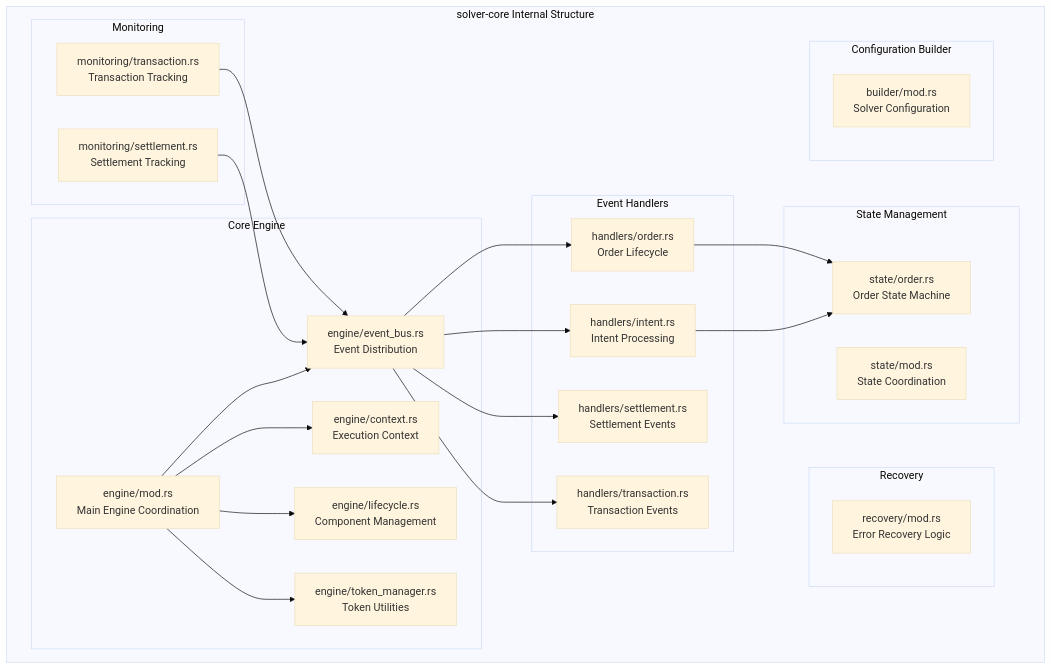
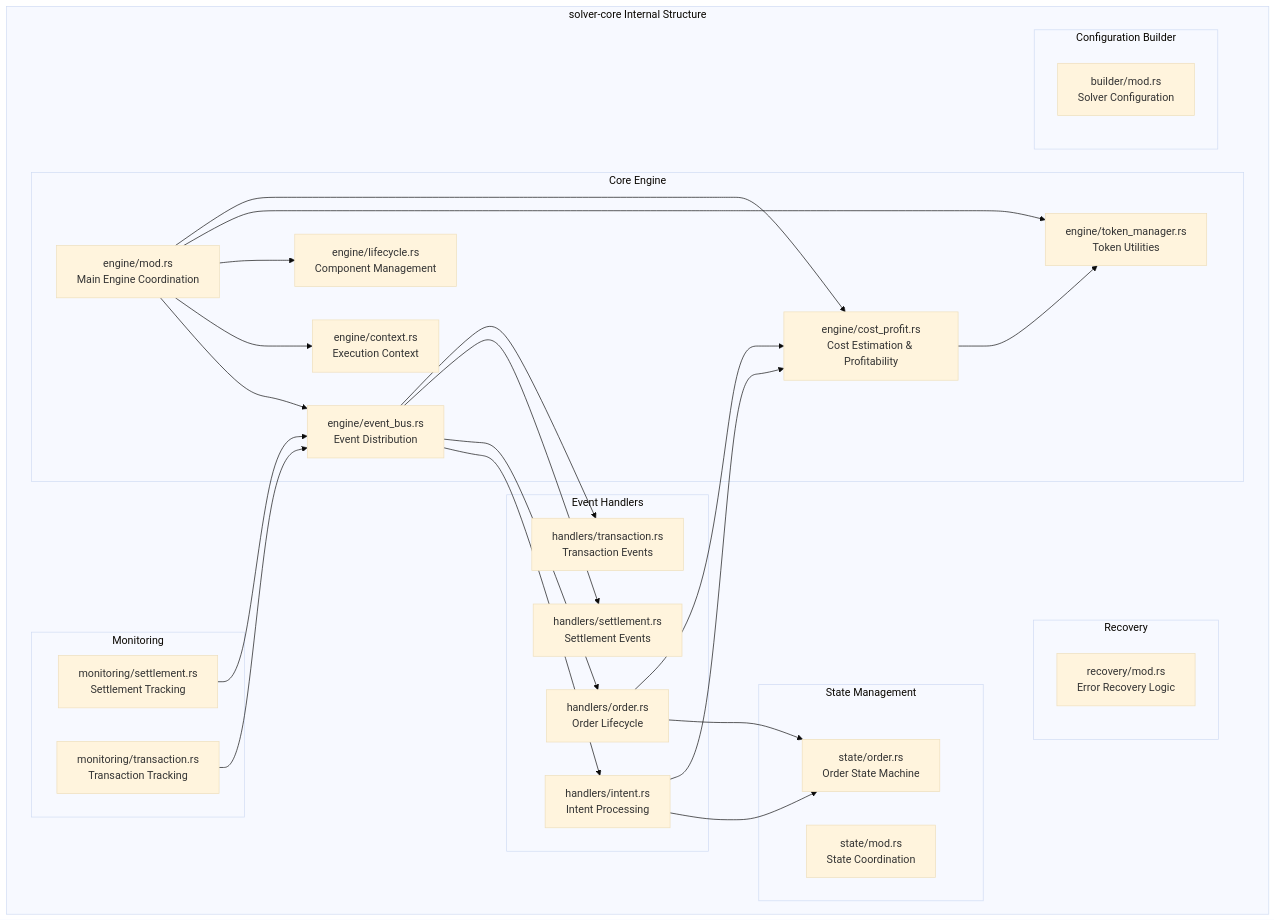
One commit to openintentsframework/oif-solver changed the first of 2 diagrams in docs/developer/crates/solver-core.md. Above: the diagram before and after it, drawn with Mermaid (base theme). The commit also changed other lines of this file and 6 other files, not shown here.

````diff
--- a/docs/developer/crates/solver-core.md
+++ b/docs/developer/crates/solver-core.md
@@ -9,53 +9,59 @@
 ```mermaid
 graph TB
     subgraph "solver-core Internal Structure"
         subgraph "Core Engine"
             Engine[engine/mod.rs<br/>Main Engine Coordination]
             Context[engine/context.rs<br/>Execution Context]
             EventBus[engine/event_bus.rs<br/>Event Distribution]
             Lifecycle[engine/lifecycle.rs<br/>Component Management]
             TokenManager[engine/token_manager.rs<br/>Token Utilities]
+            CostProfit[engine/cost_profit.rs<br/>Cost Estimation & Profitability]
         end
 
         subgraph "Event Handlers"
             IntentHandler[handlers/intent.rs<br/>Intent Processing]
             OrderHandler[handlers/order.rs<br/>Order Lifecycle]
             SettlementHandler[handlers/settlement.rs<br/>Settlement Events]
             TransactionHandler[handlers/transaction.rs<br/>Transaction Events]
         end
 
         subgraph "State Management"
             OrderState[state/order.rs<br/>Order State Machine]
             StateManager[state/mod.rs<br/>State Coordination]
         end
 
         subgraph "Monitoring"
             SettlementMonitor[monitoring/settlement.rs<br/>Settlement Tracking]
             TransactionMonitor[monitoring/transaction.rs<br/>Transaction Tracking]
         end
 
         subgraph "Recovery"
             RecoveryMechanism[recovery/mod.rs<br/>Error Recovery Logic]
         end
 
         subgraph "Configuration Builder"
             SolverBuilder[builder/mod.rs<br/>Solver Configuration]
         end
     end
 
     Engine --> EventBus
     EventBus --> IntentHandler
     EventBus --> OrderHandler
     EventBus --> SettlementHandler
     EventBus --> TransactionHandler
 
     IntentHandler --> OrderState
     OrderHandler --> OrderState
+    IntentHandler --> CostProfit
+    OrderHandler --> CostProfit
 
     Engine --> Context
     Engine --> Lifecycle
     Engine --> TokenManager
+    Engine --> CostProfit
+
+    CostProfit --> TokenManager
 
     SettlementMonitor --> EventBus
     TransactionMonitor --> EventBus
 ```
````
